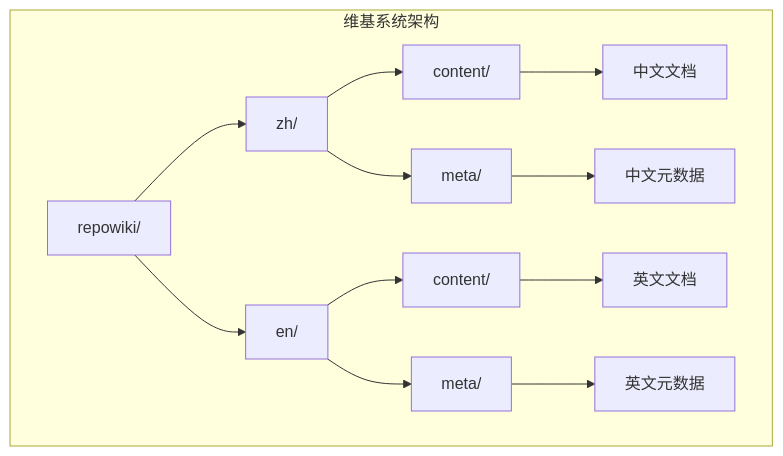
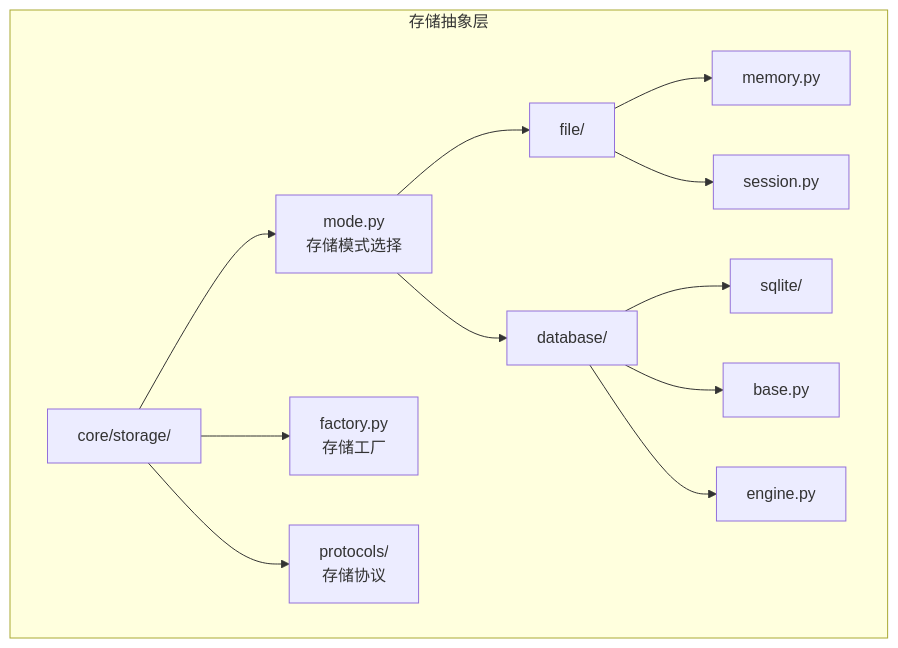
Before and after one commit to YU-JI-KUI/ark-agentic: the eighth of 11 diagrams in repowiki/zh/content/测试策略/测试策略.md, drawn with Mermaid. The commit also changed other lines of this file and 116 other files, not shown here.

````diff
--- a/repowiki/zh/content/测试策略/测试策略.md
+++ b/repowiki/zh/content/测试策略/测试策略.md
@@ -338,15 +356,15 @@
 ```mermaid
 flowchart TD
-subgraph "维基系统架构"
-REP["repowiki/"] --> ZH["zh/"]
-REP --> EN["en/"]
-ZH --> ZH_CONTENT["content/"]
-ZH --> ZH_META["meta/"]
-EN --> EN_CONTENT["content/"]
-EN --> EN_META["meta/"]
-ZH_CONTENT --> DOC_ZH["中文文档"]
-EN_CONTENT --> DOC_EN["英文文档"]
-ZH_META --> META_ZH["中文元数据"]
-EN_META --> META_EN["英文元数据"]
+subgraph "存储抽象层"
+STORAGE["core/storage/"] --> MODE["mode.py<br/>存储模式选择"]
+STORAGE --> FACTORY["factory.py<br/>存储工厂"]
+STORAGE --> PROTOCOLS["protocols/<br/>存储协议"]
+MODE --> FILE["file/"]
+MODE --> DB["database/"]
+FILE --> MEM["memory.py"]
+FILE --> SESSION["session.py"]
+DB --> SQLITE["sqlite/"]
+DB --> BASE["base.py"]
+DB --> ENGINE["engine.py"]
 end
 ```
````
